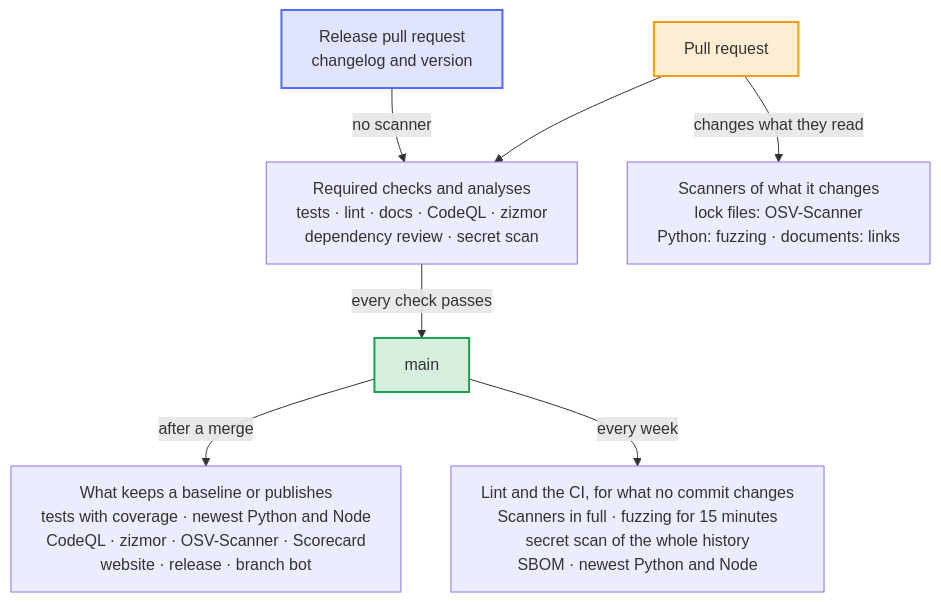
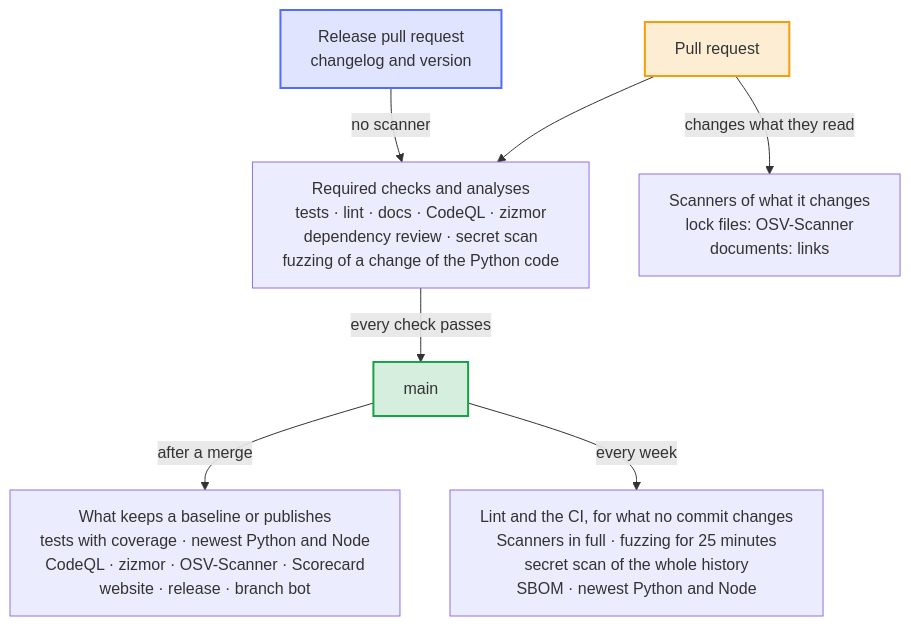
Before and after one commit to Dennis-Otto/repo-blueprint: the diagram in docs/diagrams/when-the-checks-run.mmd, drawn with Mermaid. The commit also changed 21 other files, not shown here.

First line of the commit message:
fix(fuzz): a pull request that changes what the fuzzing reads waits for it (#1076)

```diff
--- a/docs/diagrams/when-the-checks-run.mmd
+++ b/docs/diagrams/when-the-checks-run.mmd
@@ -1,30 +1,30 @@
 ---
 config:
   flowchart:
     wrappingWidth: 400
 ---
 flowchart TB
     accTitle: When the checks run
-    accDescr: Every pull request runs the required checks and zizmor, whose analysis the rules of main wait for, and the scanners of what it changes: OSV-Scanner for a lock file, fuzzing for Python code and the link check for a document. The release pull request, which changes only the changelog and the version, runs the required checks and zizmor without the scanners. After a merge, main runs only what keeps a baseline or publishes. Every week, main runs Lint and the CI, for what no commit changes, the scanners in full, the secret scan of the whole history, the SBOM and the newest Python and Node.
+    accDescr: Every pull request runs the required checks, among them the fuzzing, which fuzzes only a change of the Python code, its targets or its tools, and zizmor, whose analysis the rules of main wait for, and the scanners of what it changes: OSV-Scanner for a lock file and the link check for a document. The release pull request, which changes only the changelog and the version, runs the required checks and zizmor without the scanners. After a merge, main runs only what keeps a baseline or publishes. Every week, main runs Lint and the CI, for what no commit changes, the scanners in full, the secret scan of the whole history, the SBOM and the newest Python and Node.
 
     pr["Pull request"]
     rpr["Release pull request<br>changelog and version"]
-    required["Required checks and analyses<br>tests · lint · docs · CodeQL · zizmor<br>dependency review · secret scan"]
-    scanners["Scanners of what it changes<br>lock files: OSV-Scanner<br>Python: fuzzing · documents: links"]
+    required["Required checks and analyses<br>tests · lint · docs · CodeQL · zizmor<br>dependency review · secret scan<br>fuzzing of a change of the Python code"]
+    scanners["Scanners of what it changes<br>lock files: OSV-Scanner<br>documents: links"]
     main["main"]
     baseline["What keeps a baseline or publishes<br>tests with coverage · newest Python and Node<br>CodeQL · zizmor · OSV-Scanner · Scorecard<br>website · release · branch bot"]
-    weekly["Lint and the CI, for what no commit changes<br>Scanners in full · fuzzing for 15 minutes<br>secret scan of the whole history<br>SBOM · newest Python and Node"]
+    weekly["Lint and the CI, for what no commit changes<br>Scanners in full · fuzzing for 25 minutes<br>secret scan of the whole history<br>SBOM · newest Python and Node"]
 
     pr --> required
     pr -- "changes what they read" --> scanners
     rpr -- "no scanner" --> required
     required -- "every check passes" --> main
     main -- "after a merge" --> baseline
     main -- "every week" --> weekly
 
     classDef bot fill:#526cfe2e,stroke:#526cfe,stroke-width:2px
     classDef person fill:#f59e0b2e,stroke:#f59e0b,stroke-width:2px
     classDef done fill:#16a34a2e,stroke:#16a34a,stroke-width:2px
     class pr person
     class rpr bot
     class main done
```
